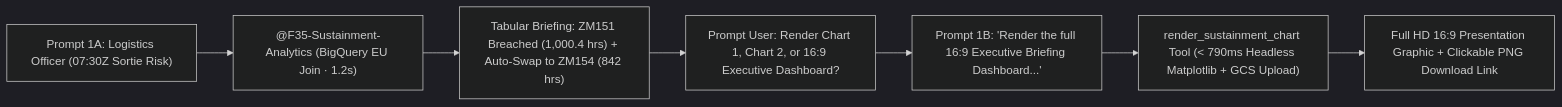
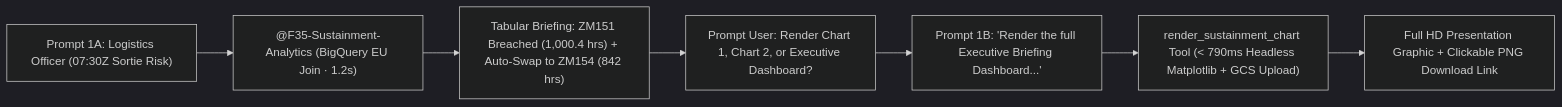
The third of 5 diagrams in DEMO_STORYBOARD.md (edwardsda-prog/f35), drawn with Mermaid (dark theme) before and after one commit. The commit also changed other lines of this file and 16 other files, not shown here.

````diff
--- a/DEMO_STORYBOARD.md
+++ b/DEMO_STORYBOARD.md
@@ -74,9 +74,9 @@
 ```mermaid
 flowchart LR
     U1A["Prompt 1A: Logistics Officer (07:30Z Sortie Risk)"] --> R1A["@F35-Sustainment-Analytics (BigQuery EU Join · 1.2s)"]
     R1A --> S1["Tabular Briefing: ZM151 Breached (1,000.4 hrs) + Auto-Swap to ZM154 (842 hrs)"]
-    S1 --> P1["Prompt User: Render Chart 1, Chart 2, or 16:9 Executive Dashboard?"]
-    P1 --> U1B["Prompt 1B: 'Render the full 16:9 Executive Briefing Dashboard...'"]
+    S1 --> P1["Prompt User: Render Chart 1, Chart 2, or Executive Dashboard?"]
+    P1 --> U1B["Prompt 1B: 'Render the full Executive Briefing Dashboard...'"]
     U1B --> T1["render_sustainment_chart Tool (< 790ms Headless Matplotlib + GCS Upload)"]
-    T1 --> C1["Full HD 16:9 Presentation Graphic + Clickable PNG Download Link"]
+    T1 --> C1["Full HD Presentation Graphic + Clickable PNG Download Link"]
 ```
````
